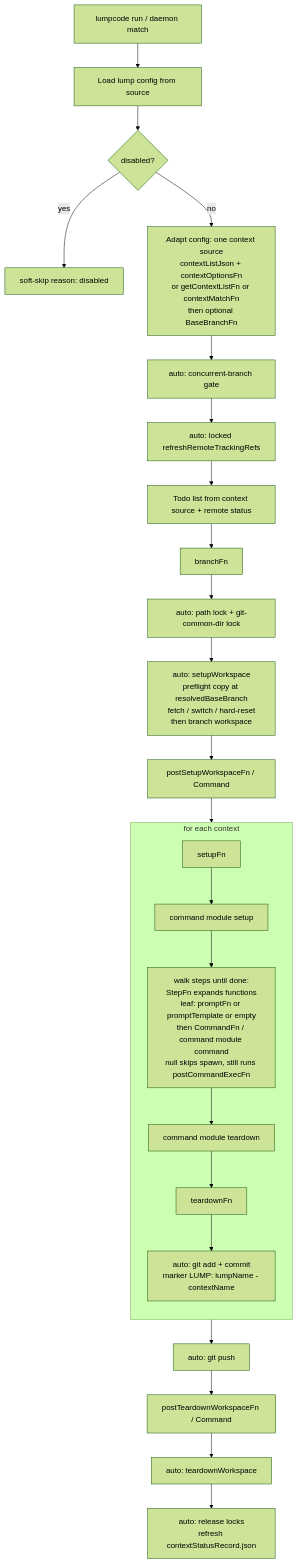
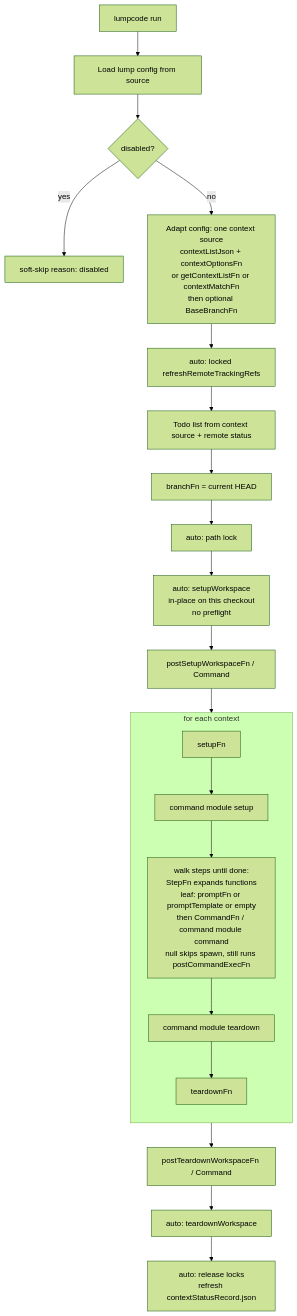
The first of 4 diagrams in packages/apps/cli/DOCS/advanced-config.md (lumpcode/lumpcode), drawn with Mermaid (forest theme) before and after one commit. The commit also changed other lines of this file and 88 other files, not shown here.

First line of the commit message:
LUMP: backlog - shared-in-place-run-open-pr-lump-prefix_testImpl

````diff
--- a/packages/apps/cli/DOCS/advanced-config.md
+++ b/packages/apps/cli/DOCS/advanced-config.md
@@ -37,29 +37,26 @@
 ```mermaid
 flowchart TD
-  start["lumpcode run / daemon match"] --> load["Load lump config from source"]
+  start["lumpcode run"] --> load["Load lump config from source"]
   load --> disabled{"disabled?"}
   disabled -->|yes| skip["soft-skip reason: disabled"]
   disabled -->|no| adapt["Adapt config: one context source<br/>contextListJson + contextOptionsFn<br/>or getContextListFn or contextMatchFn<br/>then optional BaseBranchFn"]
-  adapt --> gate["auto: concurrent-branch gate"]
-  gate --> refresh["auto: locked refreshRemoteTrackingRefs"]
+  adapt --> refresh["auto: locked refreshRemoteTrackingRefs"]
   refresh --> todo["Todo list from context source + remote status"]
-  todo --> branchFn["branchFn"]
-  branchFn --> locks["auto: path lock + git-common-dir lock"]
-  locks --> setup["auto: setupWorkspace<br/>preflight copy at resolvedBaseBranch<br/>fetch / switch / hard-reset<br/>then branch workspace"]
+  todo --> branchFn["branchFn = current HEAD"]
+  branchFn --> locks["auto: path lock"]
+  locks --> setup["auto: setupWorkspace<br/>in-place on this checkout<br/>no preflight"]
   setup --> postSetup["postSetupWorkspaceFn / Command"]
   postSetup --> setupFn
 
   subgraph perContext ["for each context"]
     direction TD
     setupFn["setupFn"] --> cmdSetup["command module setup"]
     cmdSetup --> walk["walk steps until done:<br/>StepFn expands functions<br/>leaf: promptFn or promptTemplate or empty<br/>then CommandFn / command module command<br/>null skips spawn, still runs postCommandExecFn"]
     walk --> cmdTd["command module teardown"]
     cmdTd --> tdFn["teardownFn"]
-    tdFn --> git["auto: git add + commit<br/>marker LUMP: lumpName - contextName"]
   end
 
-  git --> push["auto: git push"]
-  push --> postTd["postTeardownWorkspaceFn / Command"]
+  tdFn --> postTd["postTeardownWorkspaceFn / Command"]
   postTd --> teardownWs["auto: teardownWorkspace"]
   teardownWs --> unlock["auto: release locks<br/>refresh contextStatusRecord.json"]
 ```
````
